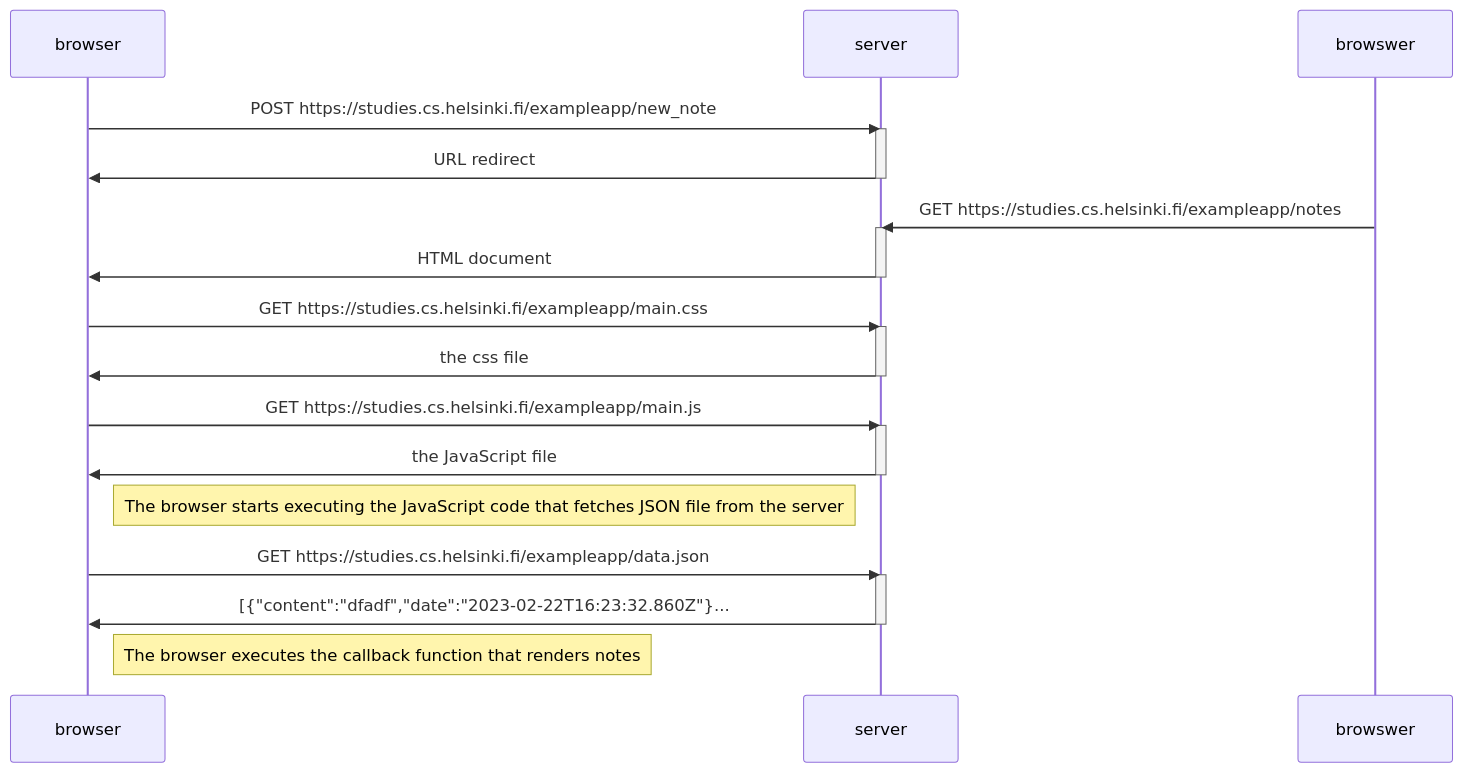
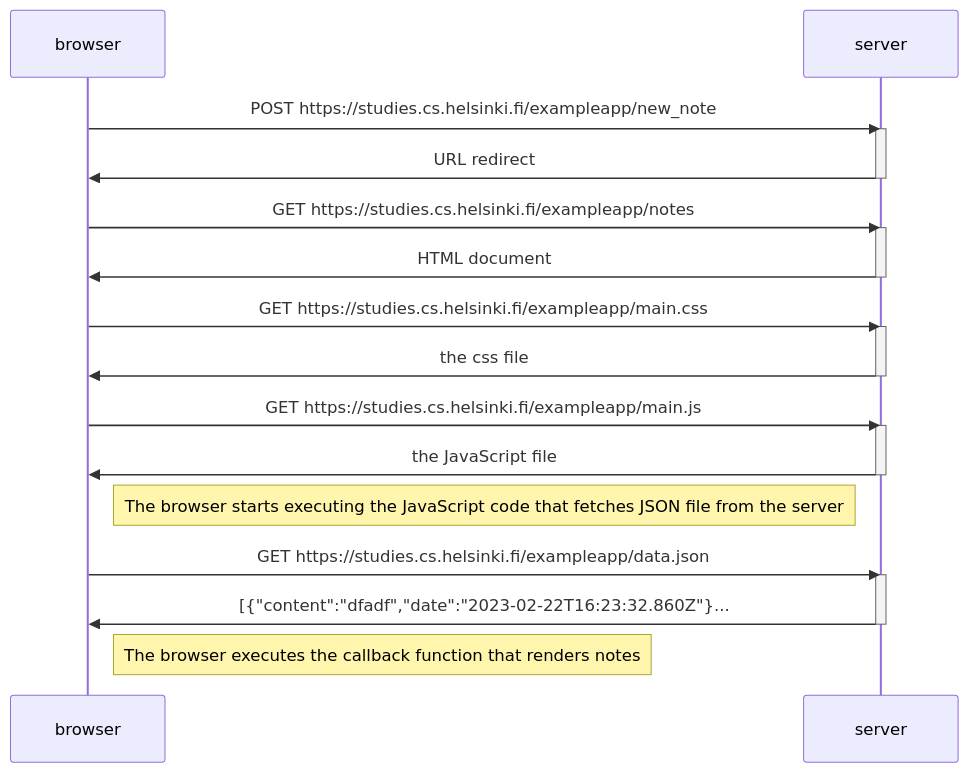
One commit to MrOwenWatts/FSO-2023 changed the diagram in part0/exercise-0.4.md. Above: the diagram before and after it, drawn with Mermaid.

Commit message:
new solution update

````diff
--- a/part0/exercise-0.4.md
+++ b/part0/exercise-0.4.md
@@ -1,34 +1,34 @@
 ```mermaid
 sequenceDiagram
     participant browser
     participant server
 
     browser ->> server: POST https://studies.cs.helsinki.fi/exampleapp/new_note
     activate server
     server ->> browser: URL redirect
     deactivate server
 
-    browswer ->> server: GET https://studies.cs.helsinki.fi/exampleapp/notes
+    browser ->> server: GET https://studies.cs.helsinki.fi/exampleapp/notes
     activate server
     server ->> browser: HTML document
     deactivate server
 
     browser ->> server: GET https://studies.cs.helsinki.fi/exampleapp/main.css
     activate server
     server ->> browser: the css file
     deactivate server
 
     browser ->> server: GET https://studies.cs.helsinki.fi/exampleapp/main.js
     activate server
     server ->> browser: the JavaScript file
     deactivate server
 
     Note right of browser: The browser starts executing the JavaScript code that fetches JSON file from the server
 
     browser ->> server: GET https://studies.cs.helsinki.fi/exampleapp/data.json
     activate server
     server ->> browser: [{"content":"dfadf","date":"2023-02-22T16:23:32.860Z"}...
     deactivate server
 
     Note right of browser: The browser executes the callback function that renders notes
 ```
````
